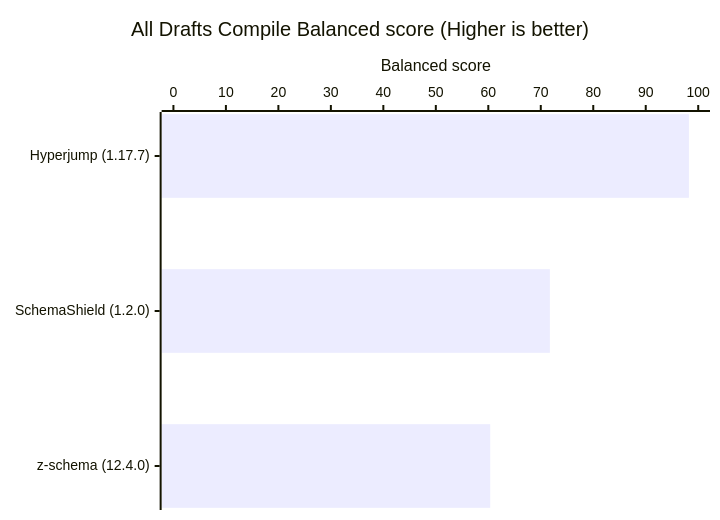
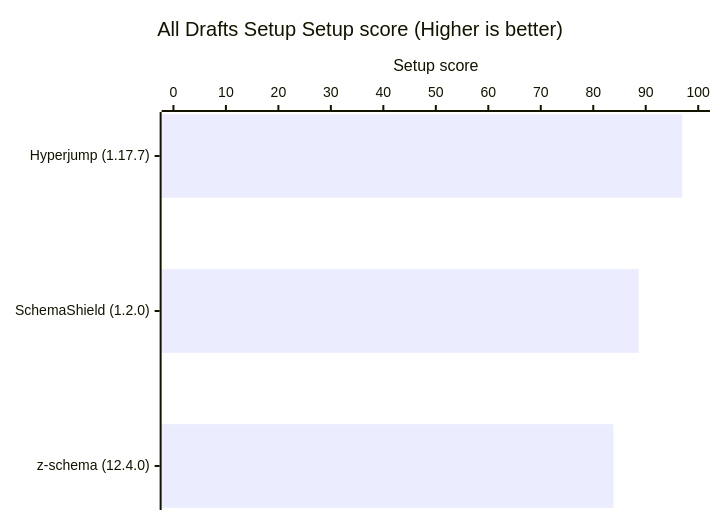
One commit to Masquerade-Circus/json-schema-validator-bench changed the fifth of 8 diagrams in README.md. Above: the diagram before and after it, drawn with Mermaid. The commit also changed other lines of this file and 428 other files, not shown here.

````diff
--- a/README.md
+++ b/README.md
@@ -169,7 +204,7 @@
 ```mermaid
 xychart horizontal
-    title "All Drafts Compile Balanced score (Higher is better)"
+    title "All Drafts Setup Setup score (Higher is better)"
     x-axis ["Hyperjump (1.17.7)", "SchemaShield (1.2.0)", "z-schema (12.4.0)"]
-    y-axis "Balanced score" 0 --> 100
-    bar [98.229, 71.736, 60.362]
+    y-axis "Setup score" 0 --> 100
+    bar [96.963, 88.658, 83.866]
 ```
````
